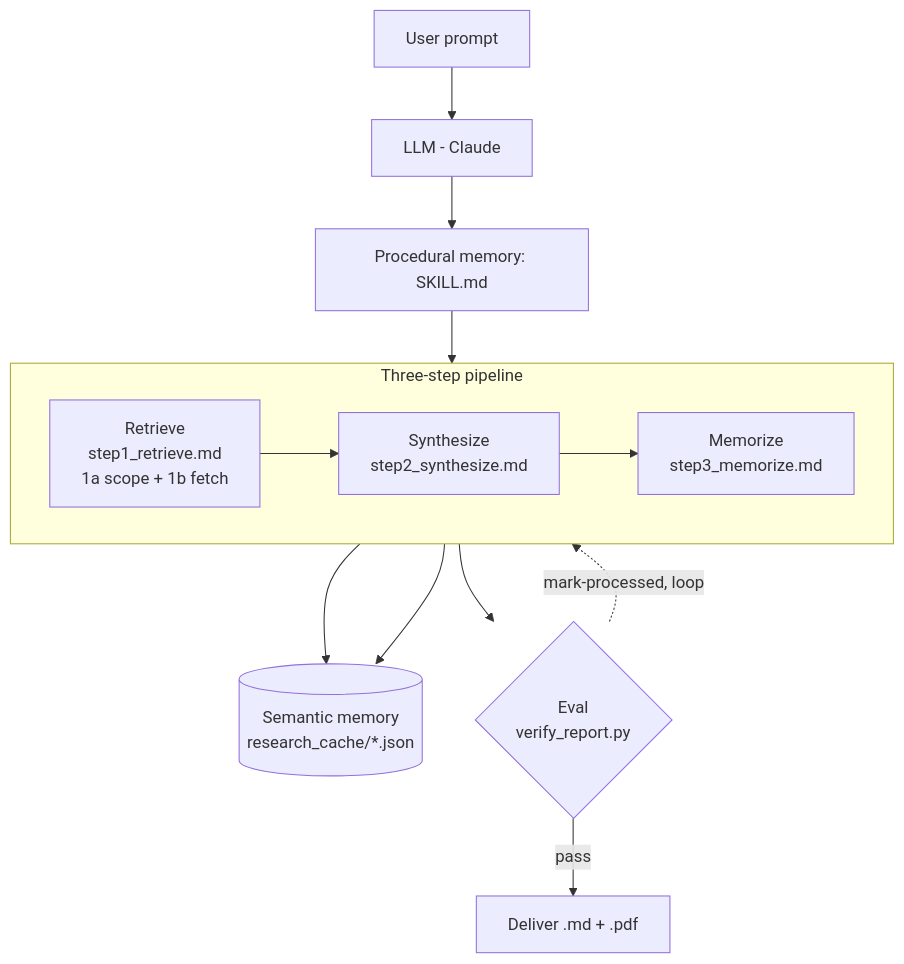
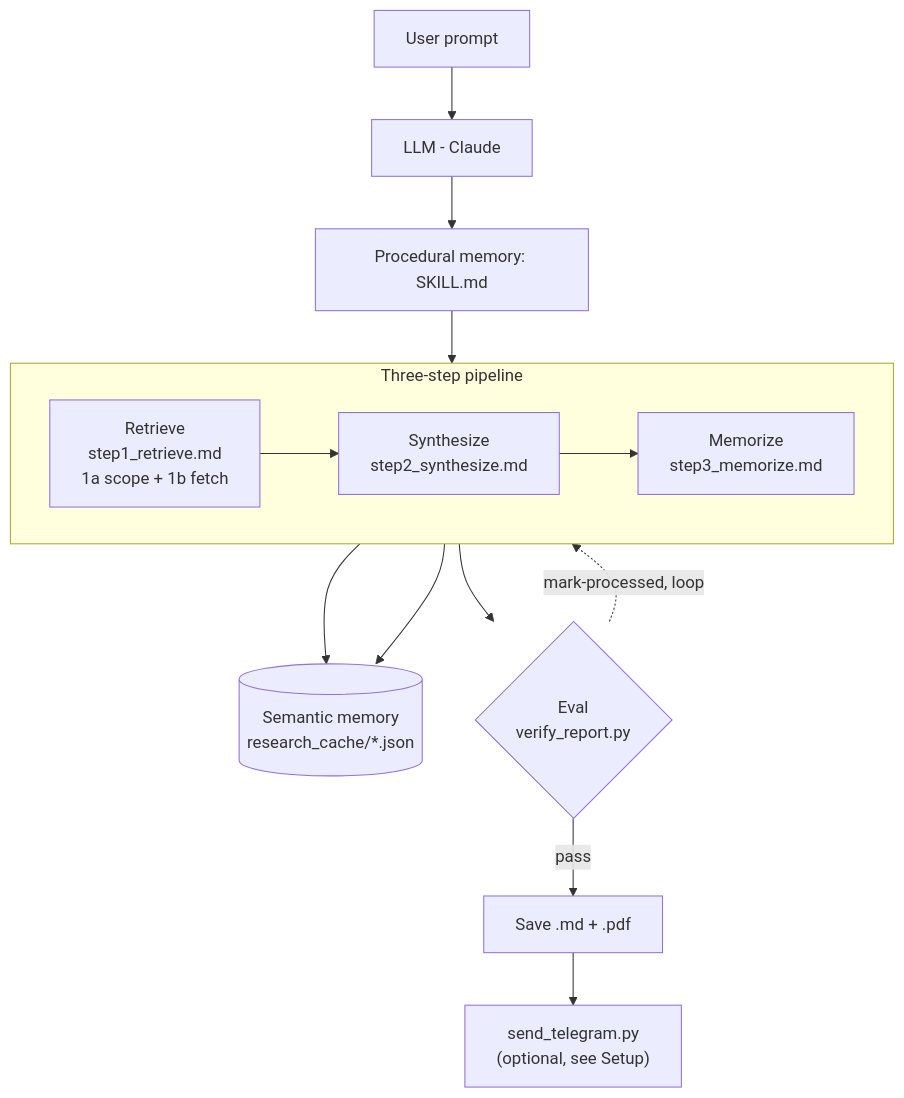
One commit to ajay1297/Research-Advisory changed the diagram in README.md. Above: the diagram before and after it, drawn with Mermaid. The commit also changed other lines of this file and 1 other file, not shown here.

First line of the commit message:
Fix README/SKILL.md invocation contradiction, document Telegram setup

````diff
--- a/README.md
+++ b/README.md
@@ -246,16 +269,17 @@
 ```mermaid
 flowchart TD
     A[User prompt] --> B[LLM - Claude]
     B --> C["Procedural memory: SKILL.md"]
     subgraph PIPE["Three-step pipeline"]
         direction LR
         P1["Retrieve<br/>step1_retrieve.md<br/>1a scope + 1b fetch"] --> P2["Synthesize<br/>step2_synthesize.md"]
         P2 --> P3["Memorize<br/>step3_memorize.md"]
     end
     C --> P1
     P2 --> SM[("Semantic memory<br/>research_cache/*.json")]
     P3 --> SM
     P3 --> EV{"Eval<br/>verify_report.py"}
-    EV -->|pass| OUT["Deliver .md + .pdf"]
+    EV -->|pass| OUT["Save .md + .pdf"]
+    OUT --> TG["send_telegram.py<br/>(optional, see Setup)"]
     EV -.->|mark-processed, loop| P1
 ```
````
